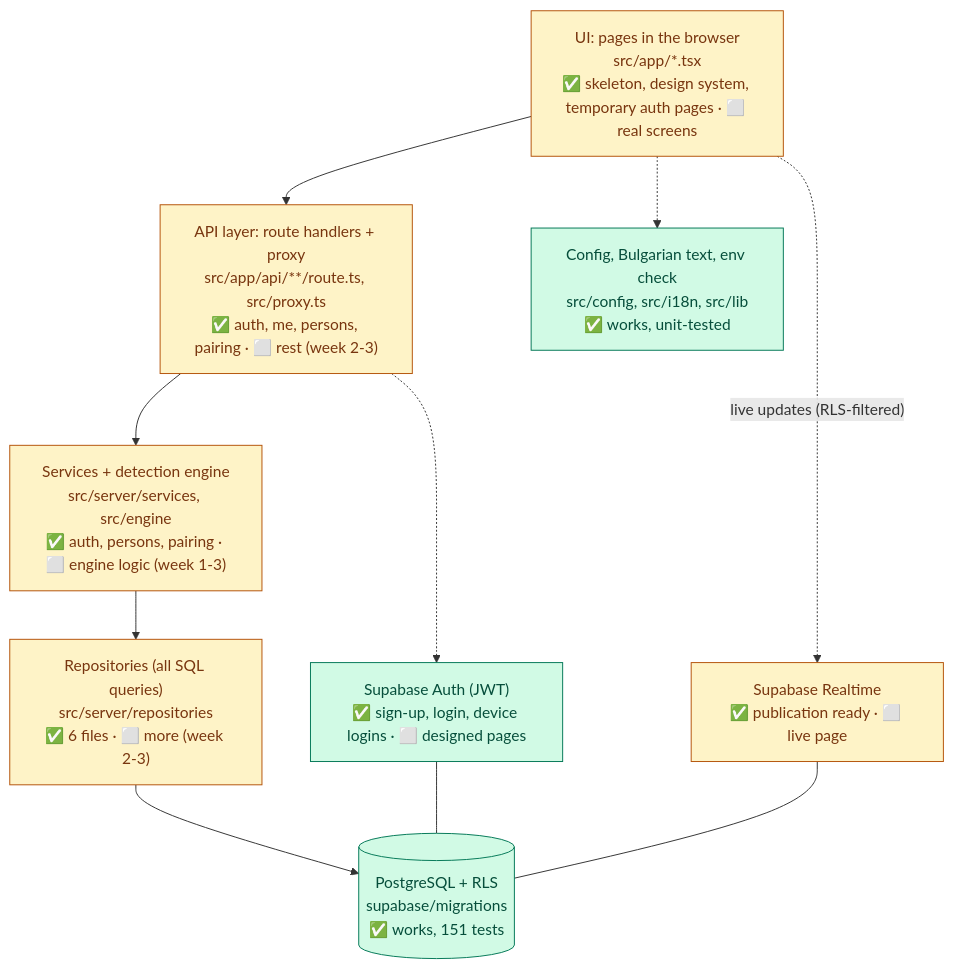
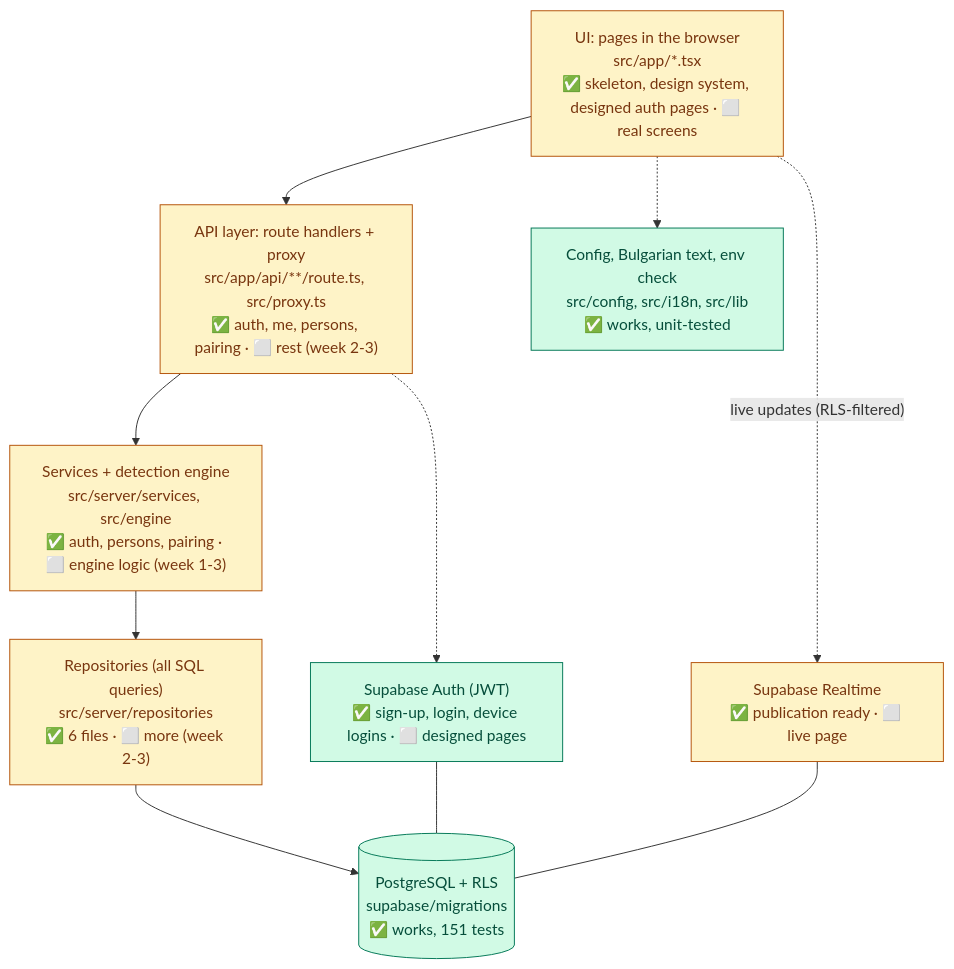
Before and after one commit to AVGe0rgiev23/Scamly: the diagram in docs/HOW_IT_WORKS.md, drawn with Mermaid. The commit also changed other lines of this file and 13 other files, not shown here.

````diff
--- a/docs/HOW_IT_WORKS.md
+++ b/docs/HOW_IT_WORKS.md
@@ -36,24 +36,24 @@
 ```mermaid
 flowchart TB
-  UI["UI: pages in the browser<br/>src/app/*.tsx<br/>✅ skeleton, design system, temporary auth pages · ⬜ real screens"]
+  UI["UI: pages in the browser<br/>src/app/*.tsx<br/>✅ skeleton, design system, designed auth pages · ⬜ real screens"]
   API["API layer: route handlers + proxy<br/>src/app/api/**/route.ts, src/proxy.ts<br/>✅ auth, me, persons, pairing · ⬜ rest (week 2-3)"]
   SVC["Services + detection engine<br/>src/server/services, src/engine<br/>✅ auth, persons, pairing · ⬜ engine logic (week 1-3)"]
   REPO["Repositories (all SQL queries)<br/>src/server/repositories<br/>✅ 6 files · ⬜ more (week 2-3)"]
   PG[("PostgreSQL + RLS<br/>supabase/migrations<br/>✅ works, 151 tests")]
   AUTH["Supabase Auth (JWT)<br/>✅ sign-up, login, device logins · ⬜ designed pages"]
   RT["Supabase Realtime<br/>✅ publication ready · ⬜ live page"]
   CFG["Config, Bulgarian text, env check<br/>src/config, src/i18n, src/lib<br/>✅ works, unit-tested"]
 
   UI --> API --> SVC --> REPO --> PG
   UI -.-> CFG
   API -.-> AUTH
   AUTH --- PG
   RT --- PG
   UI -. "live updates (RLS-filtered)" .-> RT
 
   classDef done fill:#d1fae5,stroke:#047857,color:#064e3b
   classDef planned fill:#f3f4f6,stroke:#6b7280,stroke-dasharray:5 5,color:#374151
   classDef partly fill:#fef3c7,stroke:#b45309,color:#78350f
   class PG,CFG,AUTH done
   class UI,API,SVC,REPO,RT partly
 ```
````
